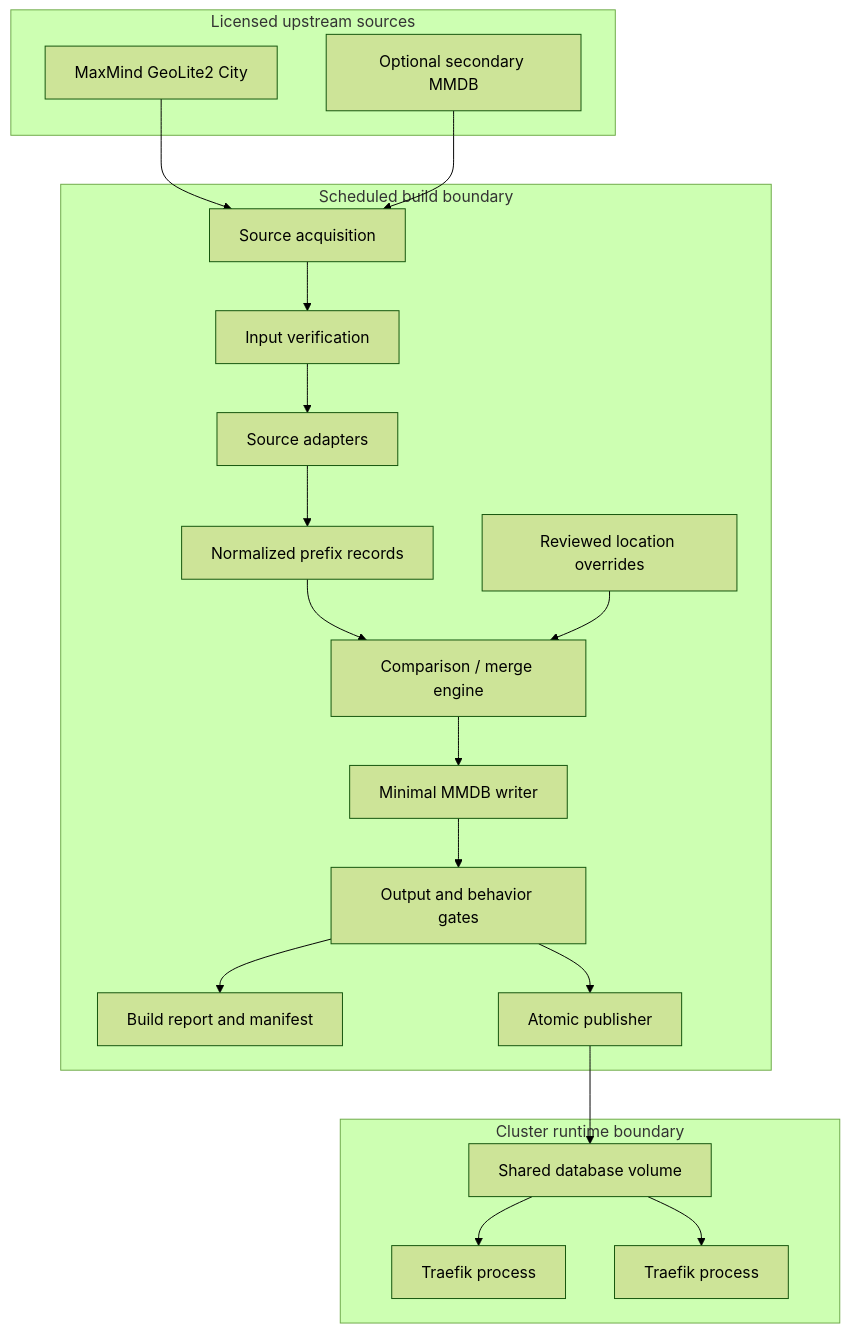
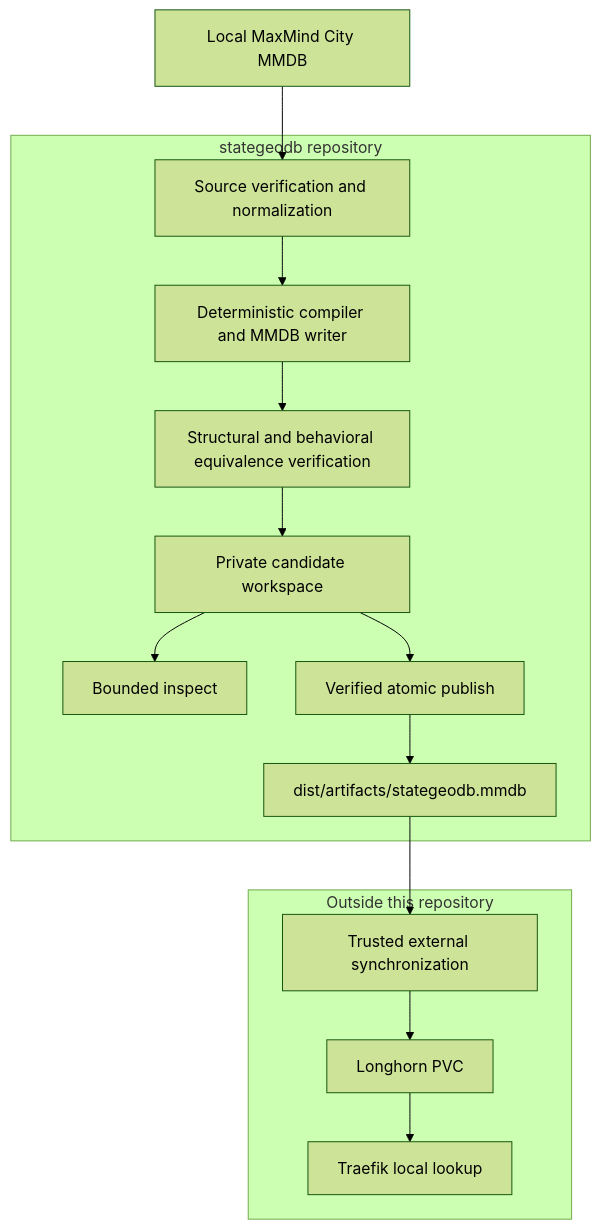
The diagram in docs/ARCHITECTURE.md (vikewoods/stategeodb), drawn with Mermaid (forest theme) before and after one commit. The commit also changed other lines of this file and 8 other files, not shown here.

First line of the commit message:
Add comprehensive roadmap and architecture documentation

````diff
--- a/docs/ARCHITECTURE.md
+++ b/docs/ARCHITECTURE.md
@@ -50,36 +21,25 @@
 ```mermaid
-flowchart TB
-    subgraph External["Licensed upstream sources"]
-        MAXMIND["MaxMind GeoLite2 City"]
-        SECONDARY["Optional secondary MMDB"]
+flowchart TD
+    SOURCE["Local MaxMind City MMDB"]
+
+    subgraph REPO["stategeodb repository"]
+        NORMALIZE["Source verification and normalization"]
+        COMPILE["Deterministic compiler and MMDB writer"]
+        EQUIV["Structural and behavioral equivalence verification"]
+        CANDIDATE["Private candidate workspace"]
+        INSPECT["Bounded inspect"]
+        PUBLISH["Verified atomic publish"]
+        STABLE["dist/artifacts/stategeodb.mmdb"]
     end
 
-    subgraph Build["Scheduled build boundary"]
-        ACQUIRE["Source acquisition"]
-        INPUTVERIFY["Input verification"]
-        ADAPTERS["Source adapters"]
-        NORMALIZE["Normalized prefix records"]
-        MERGE["Comparison / merge engine"]
-        OVERRIDES["Reviewed location overrides"]
-        WRITER["Minimal MMDB writer"]
-        OUTPUTVERIFY["Output and behavior gates"]
-        REPORT["Build report and manifest"]
-        PUBLISH["Atomic publisher"]
+    subgraph OUTSIDE["Outside this repository"]
+        SYNC["Trusted external synchronization"]
+        PVC["Longhorn PVC"]
+        TRAEFIK["Traefik local lookup"]
     end
 
-    subgraph Runtime["Cluster runtime boundary"]
-        VOLUME["Shared database volume"]
-        TRAEFIK1["Traefik process"]
-        TRAEFIK2["Traefik process"]
-    end
-
-    MAXMIND --> ACQUIRE
-    SECONDARY --> ACQUIRE
-    ACQUIRE --> INPUTVERIFY --> ADAPTERS --> NORMALIZE --> MERGE
-    OVERRIDES --> MERGE
-    MERGE --> WRITER --> OUTPUTVERIFY
-    OUTPUTVERIFY --> REPORT
-    OUTPUTVERIFY --> PUBLISH --> VOLUME
-    VOLUME --> TRAEFIK1
-    VOLUME --> TRAEFIK2
+    SOURCE --> NORMALIZE --> COMPILE --> EQUIV --> CANDIDATE
+    CANDIDATE --> INSPECT
+    CANDIDATE --> PUBLISH --> STABLE
+    STABLE --> SYNC --> PVC --> TRAEFIK
 ```
````
